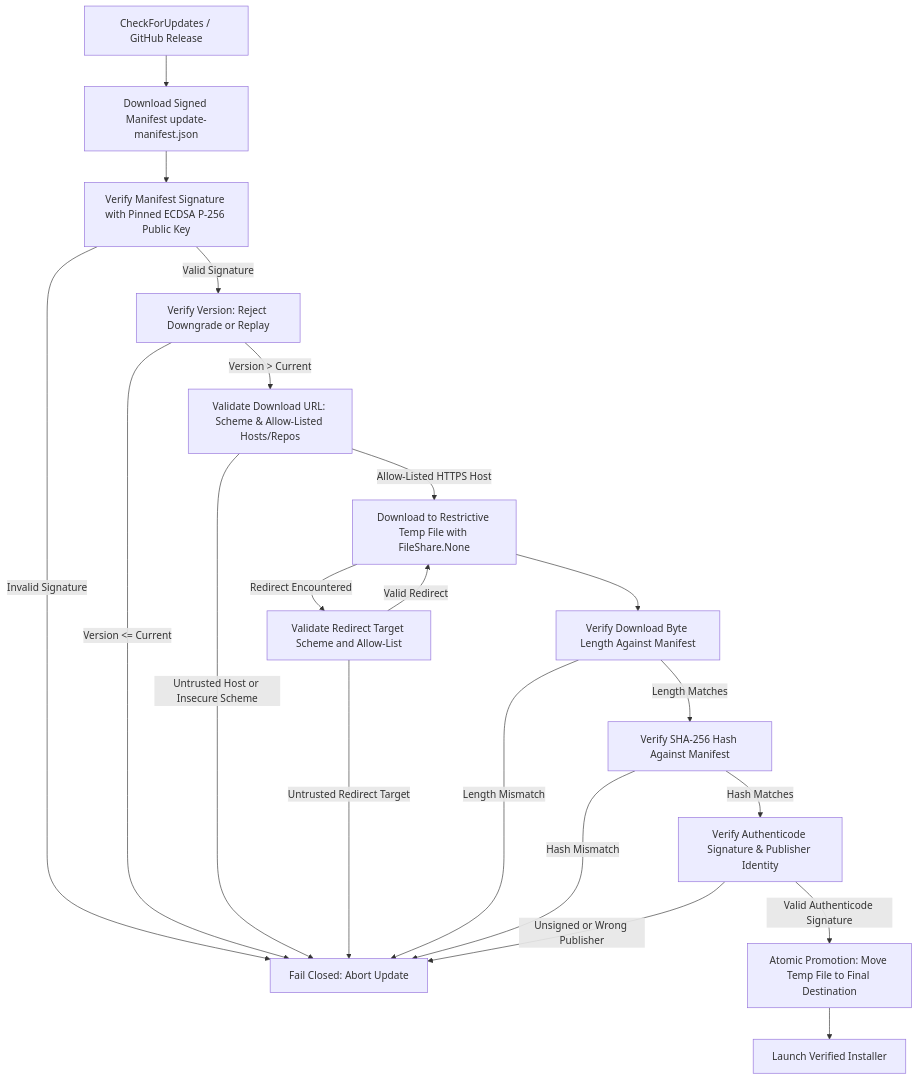
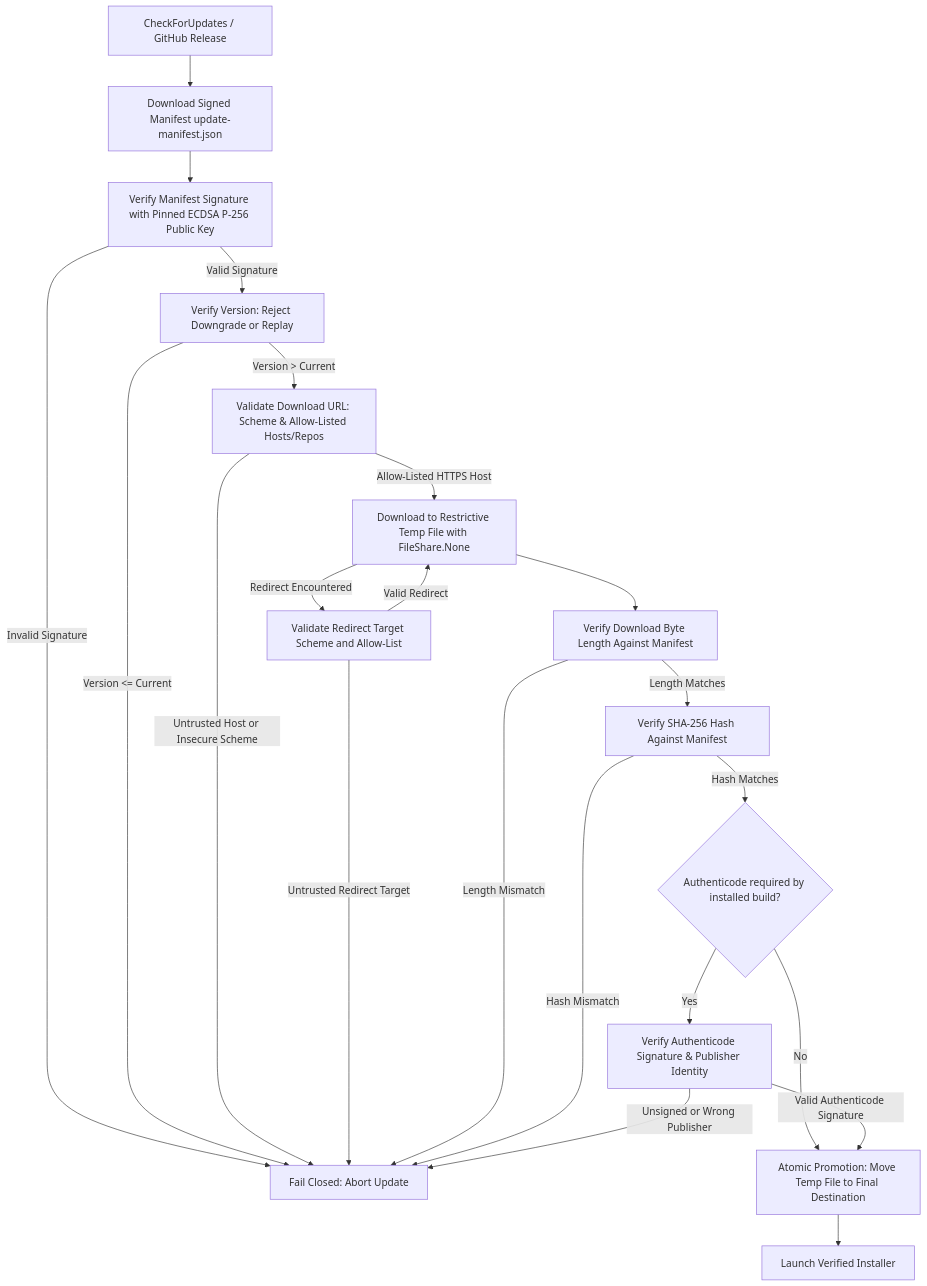
One commit to mrAbhimanyuVishwakarma/AxePower changed the diagram in docs/security/SIGNED_UPDATES.md. Above: the diagram before and after it, drawn with Mermaid. The commit also changed other lines of this file and 62 other files, not shown here.

````diff
--- a/docs/security/SIGNED_UPDATES.md
+++ b/docs/security/SIGNED_UPDATES.md
@@ -12,22 +12,24 @@
 ```mermaid
 graph TD
     A[CheckForUpdates / GitHub Release] --> B[Download Signed Manifest update-manifest.json]
     B --> C[Verify Manifest Signature with Pinned ECDSA P-256 Public Key]
     C -->|Invalid Signature| X[Fail Closed: Abort Update]
     C -->|Valid Signature| D[Verify Version: Reject Downgrade or Replay]
     D -->|Version <= Current| X
     D -->|Version > Current| E[Validate Download URL: Scheme & Allow-Listed Hosts/Repos]
     E -->|Untrusted Host or Insecure Scheme| X
     E -->|Allow-Listed HTTPS Host| F[Download to Restrictive Temp File with FileShare.None]
     F -->|Redirect Encountered| G[Validate Redirect Target Scheme and Allow-List]
     G -->|Untrusted Redirect Target| X
     G -->|Valid Redirect| F
     F --> H[Verify Download Byte Length Against Manifest]
     H -->|Length Mismatch| X
     H -->|Length Matches| I[Verify SHA-256 Hash Against Manifest]
     I -->|Hash Mismatch| X
-    I -->|Hash Matches| J[Verify Authenticode Signature & Publisher Identity]
+    I -->|Hash Matches| T{Authenticode required by installed build?}
+    T -->|Yes| J[Verify Authenticode Signature & Publisher Identity]
+    T -->|No| K
     J -->|Unsigned or Wrong Publisher| X
     J -->|Valid Authenticode Signature| K[Atomic Promotion: Move Temp File to Final Destination]
     K --> L[Launch Verified Installer]
 ```
````
